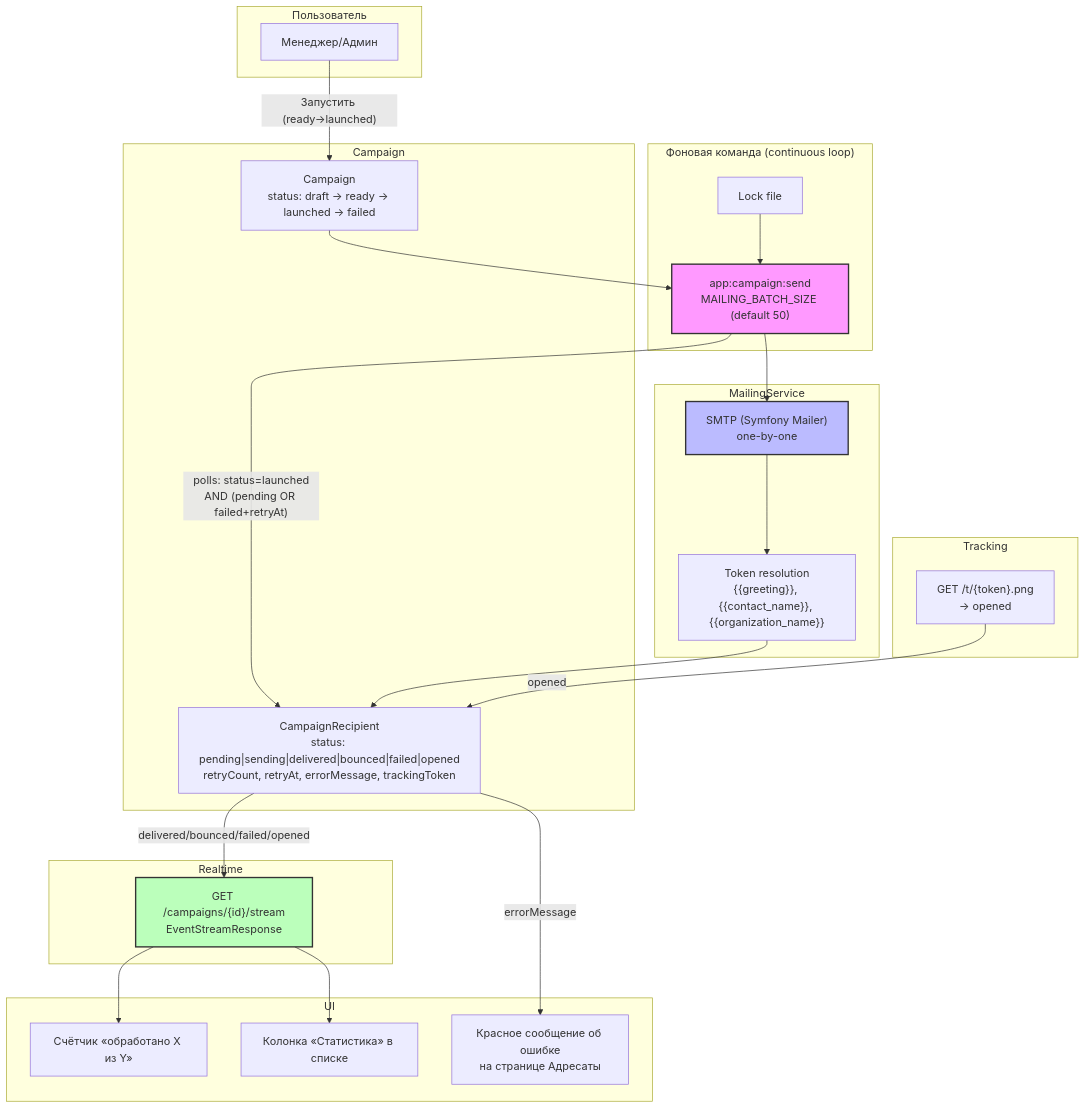
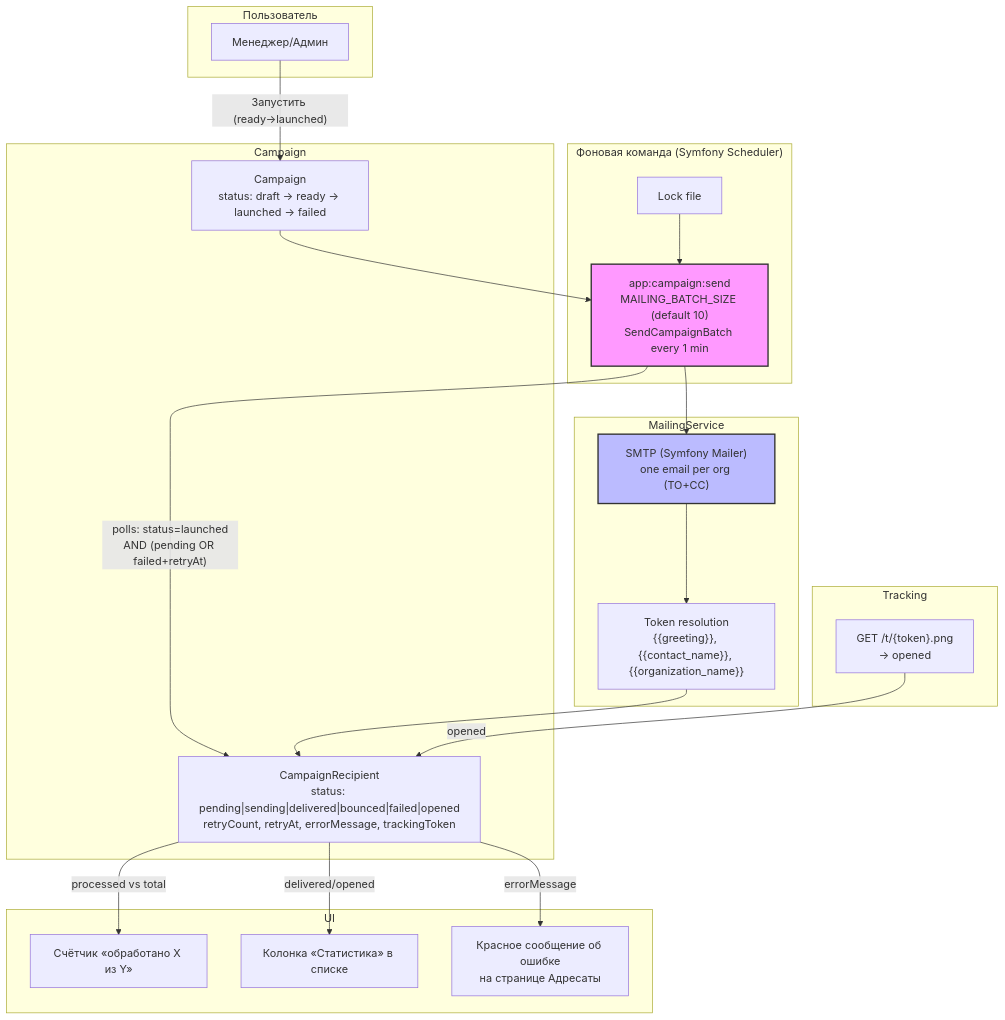
One commit to AliakseiBurak/crm-b2b-call changed the second of 4 diagrams in openspec/design/er.md. Above: the diagram before and after it, drawn with Mermaid. The commit also changed other lines of this file and 2 other files, not shown here.

Commit message:
docs(mailing-service): align delivery behavior with implementation
Clarify scheduler, retry, tracking, statistics, and reset behavior before completing verification.

````diff
--- a/openspec/design/er.md
+++ b/openspec/design/er.md
@@ -192,52 +192,46 @@
 ```mermaid
 flowchart TB
     subgraph User ["Пользователь"]
         U["Менеджер/Админ"]
     end
 
     subgraph Campaign ["Campaign"]
         C["Campaign<br/>status: draft → ready → launched → failed"]
         CR["CampaignRecipient<br/>status: pending|sending|delivered|bounced|failed|opened<br/>retryCount, retryAt, errorMessage, trackingToken"]
     end
 
-    subgraph Worker ["Фоновая команда (continuous loop)"]
-        W["app:campaign:send<br/>MAILING_BATCH_SIZE (default 50)"]
+    subgraph Worker ["Фоновая команда (Symfony Scheduler)"]
+        W["app:campaign:send<br/>MAILING_BATCH_SIZE (default 10)<br/>SendCampaignBatch every 1 min"]
         L["Lock file"]
     end
 
     subgraph Mailing ["MailingService"]
-        MS["SMTP (Symfony Mailer)<br/>one-by-one"]
+        MS["SMTP (Symfony Mailer)<br/>one email per org (TO+CC)"]
         T["Token resolution<br/>{{greeting}}, {{contact_name}}, {{organization_name}}"]
-    end
-
-    subgraph SSE ["Realtime"]
-        SSE_EP["GET /campaigns/{id}/stream<br/>EventStreamResponse"]
     end
 
     subgraph UI ["UI"]
         PROGRESS["Счётчик «обработано X из Y»"]
         STATS["Колонка «Статистика» в списке"]
         ERRORS["Красное сообщение об ошибке<br/>на странице Адресаты"]
     end
 
     subgraph Tracking ["Tracking"]
         PIXEL["GET /t/{token}.png<br/>→ opened"]
     end
 
     U -->|"Запустить (ready→launched)"| C
     C --> W
     L --> W
     W -->|"polls: status=launched<br/>AND (pending OR failed+retryAt)"| CR
     W --> MS
     MS --> T
     T --> CR
-    CR -->|"delivered/bounced/failed/opened"| SSE_EP
-    SSE_EP --> PROGRESS
-    SSE_EP --> STATS
+    CR -->|"delivered/opened"| STATS
+    CR -->|"processed vs total"| PROGRESS
     CR -->|"errorMessage"| ERRORS
     PIXEL -->|"opened"| CR
 
     style W fill:#f9f,stroke:#333,stroke-width:2px
     style MS fill:#bbf,stroke:#333,stroke-width:2px
-    style SSE_EP fill:#bfb,stroke:#333,stroke-width:2px
 ```
````
